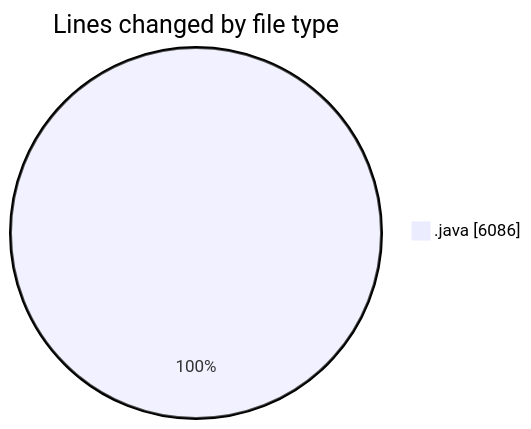
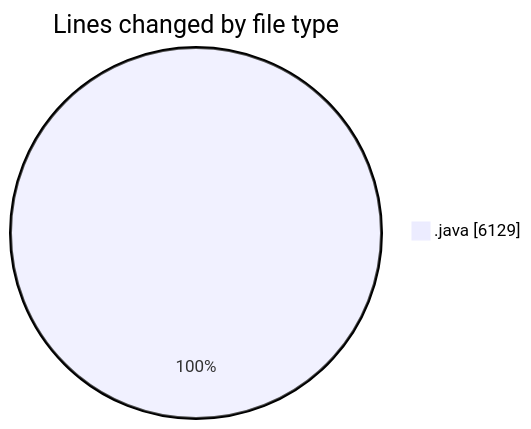
The first of 2 diagrams in 2026-05-05/cilapp/README.md (ricardozamudiocil/code-tracking), drawn with Mermaid before and after one commit. The commit also changed other lines of this file and 1 other file, not shown here.

````diff
--- a/2026-05-05/cilapp/README.md
+++ b/2026-05-05/cilapp/README.md
@@ -26,5 +26,5 @@
 ```mermaid
 pie showData
 title Lines changed by file type
-".java" : 6086
+".java" : 6129
 ```
````
